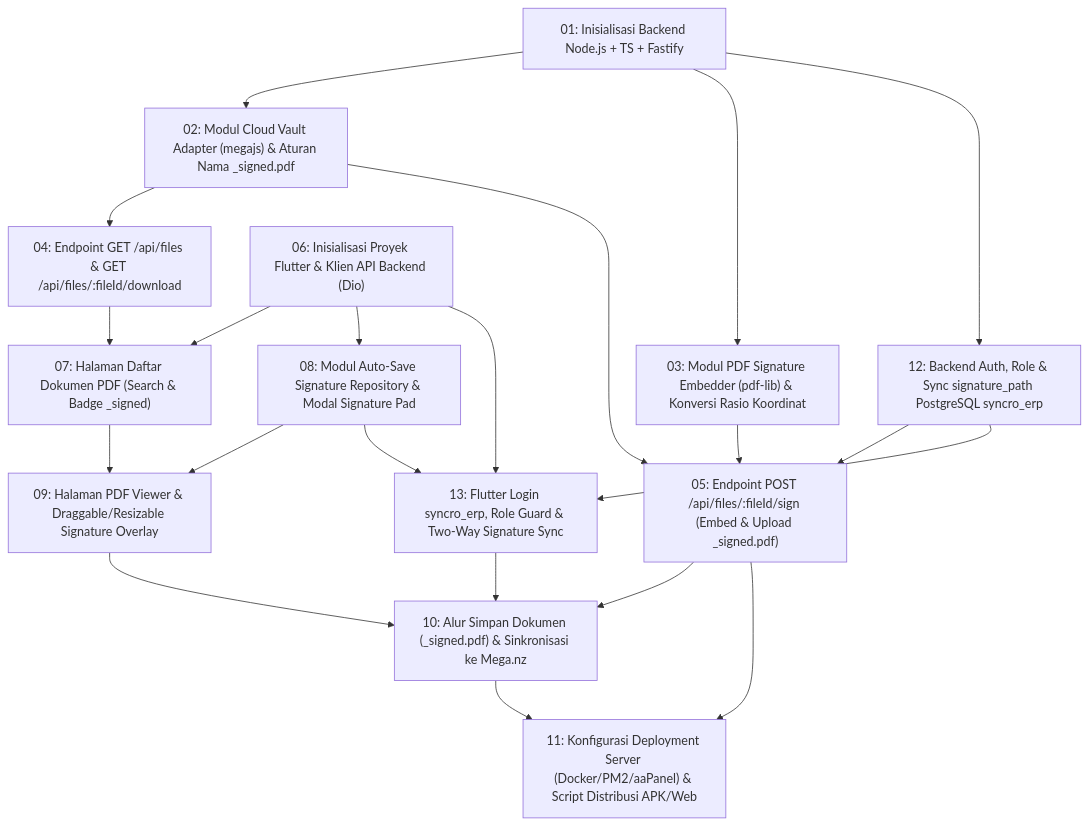
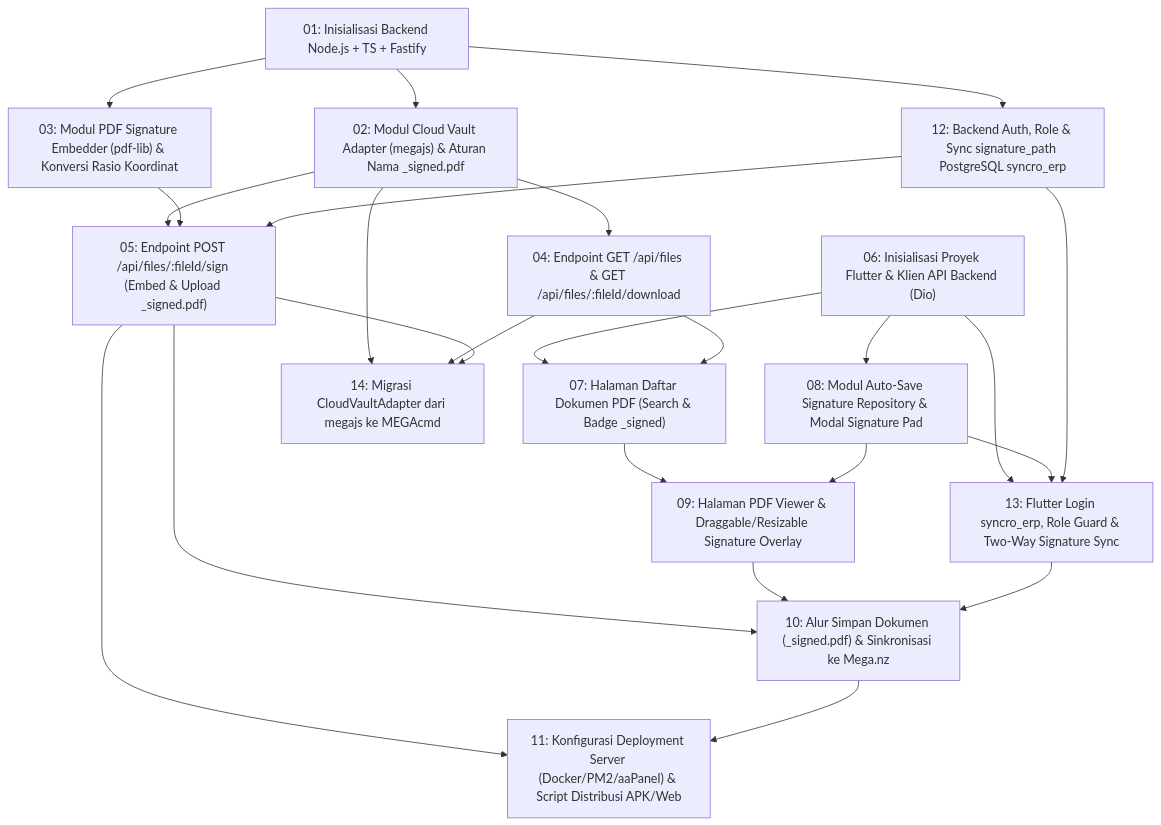
Before and after one commit to Tenpoless/MyAcrobat: the diagram in .scratch/myacrobat-mvp/spec.md, drawn with Mermaid. The commit also changed other lines of this file and 34 other files, not shown here.

````diff
--- a/.scratch/myacrobat-mvp/spec.md
+++ b/.scratch/myacrobat-mvp/spec.md
@@ -31,23 +31,26 @@
 ```mermaid
 flowchart TD
     T01["01: Inisialisasi Backend Node.js + TS + Fastify"] --> T02["02: Modul Cloud Vault Adapter (megajs) & Aturan Nama _signed.pdf"]
     T01 --> T03["03: Modul PDF Signature Embedder (pdf-lib) & Konversi Rasio Koordinat"]
     T02 --> T04["04: Endpoint GET /api/files & GET /api/files/:fileId/download"]
     T02 --> T05["05: Endpoint POST /api/files/:fileId/sign (Embed & Upload _signed.pdf)"]
     T03 --> T05
     T06["06: Inisialisasi Proyek Flutter & Klien API Backend (Dio)"] --> T07["07: Halaman Daftar Dokumen PDF (Search & Badge _signed)"]
     T04 --> T07
     T06 --> T08["08: Modul Auto-Save Signature Repository & Modal Signature Pad"]
     T07 --> T09["09: Halaman PDF Viewer & Draggable/Resizable Signature Overlay"]
     T08 --> T09
     T05 --> T10["10: Alur Simpan Dokumen (_signed.pdf) & Sinkronisasi ke Mega.nz"]
     T09 --> T10
     T01 --> T12["12: Backend Auth, Role & Sync signature_path PostgreSQL syncro_erp"]
     T12 --> T05
     T06 --> T13["13: Flutter Login syncro_erp, Role Guard & Two-Way Signature Sync"]
     T08 --> T13
     T12 --> T13
     T13 --> T10
     T05 --> T11["11: Konfigurasi Deployment Server (Docker/PM2/aaPanel) & Script Distribusi APK/Web"]
     T10 --> T11
+    T02 --> T14["14: Migrasi CloudVaultAdapter dari megajs ke MEGAcmd"]
+    T04 --> T14
+    T05 --> T14
 ```
````
